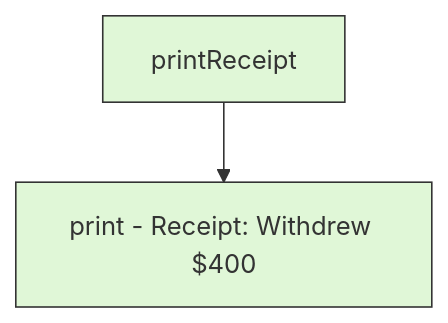
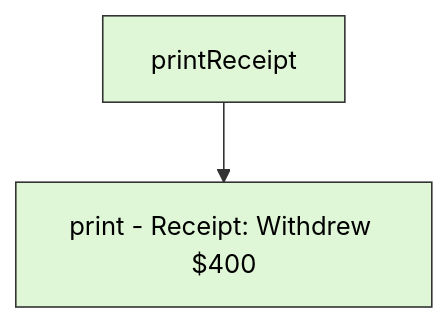
The fifth of 8 diagrams in wiki/Writing-tests-with-good-behavioral-coverage.md (oppia/oppia-android), drawn with Mermaid before and after one commit. The commit also changed other lines of this file, not shown here.

Commit message:
Setting the text color for the graphs to black as they weren't visible with dark mode

````diff
--- a/wiki/Writing-tests-with-good-behavioral-coverage.md
+++ b/wiki/Writing-tests-with-good-behavioral-coverage.md
@@ -1430,7 +1430,7 @@
 ```mermaid
 graph TD
     F[printReceipt] --> G[print - Receipt: Withdrew $400]
 
-    style F fill:#e0f7d7,stroke:#333,stroke-width:1px
-    style G fill:#e0f7d7,stroke:#333,stroke-width:1px
+    style F fill:#e0f7d7,stroke:#333,stroke-width:1px,color:#000000
+    style G fill:#e0f7d7,stroke:#333,stroke-width:1px,color:#000000
 ```
````
